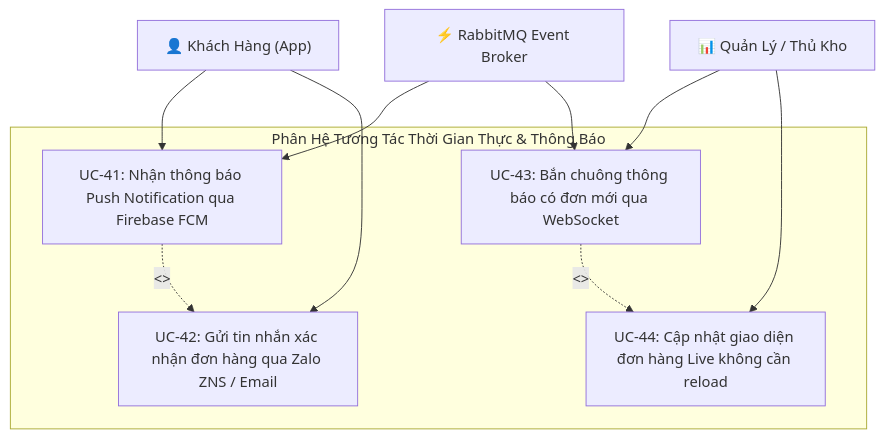
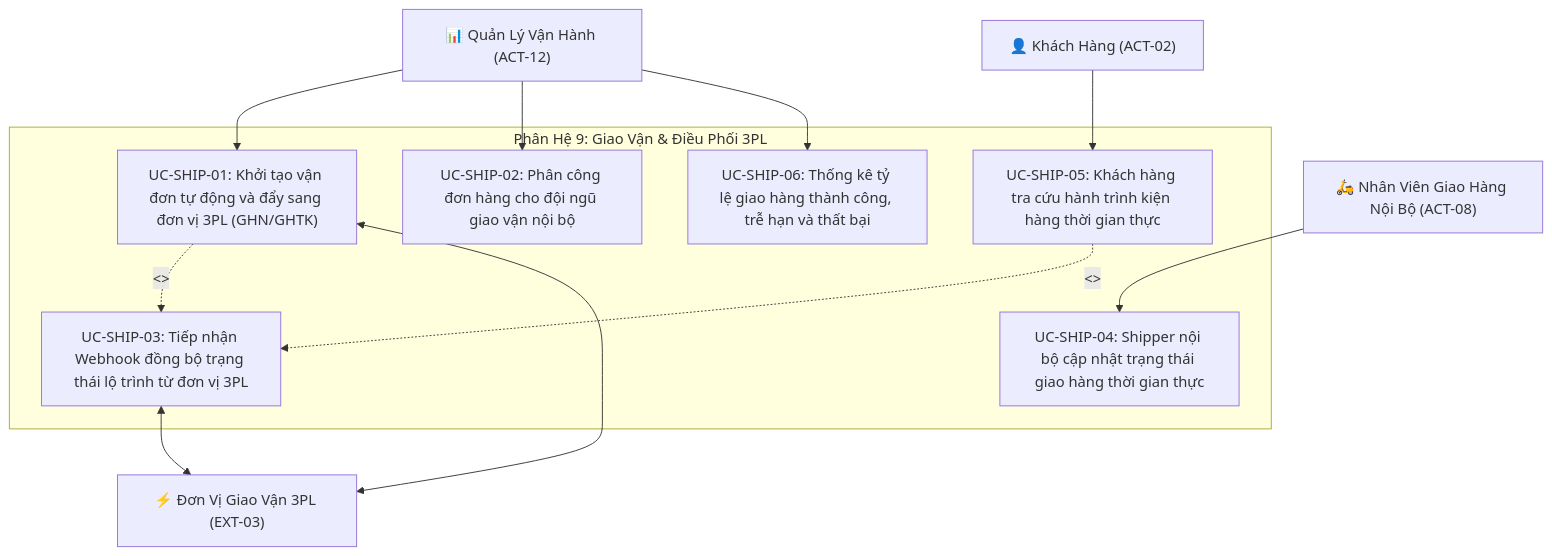
Before and after one commit to hvduong2k5/DUT.PBL6: diagram 11 of 16 in docs/01_requirements/use_case_specification.md, drawn with Mermaid. The commit also changed other lines of this file, not shown here.

````diff
--- a/docs/01_requirements/use_case_specification.md
+++ b/docs/01_requirements/use_case_specification.md
@@ -419,25 +686,30 @@
 ```mermaid
 graph TB
-    Customer["👤 Khách Hàng (App)"]
-    AdminStaff["📊 Quản Lý / Thủ Kho"]
-    EventBroker["⚡ RabbitMQ Event Broker"]
+    OpsStaff["📊 Quản Lý Vận Hành (ACT-12)"]
+    DeliveryStaff["🛵 Nhân Viên Giao Hàng Nội Bộ (ACT-08)"]
+    Customer["👤 Khách Hàng (ACT-02)"]
+    Ext_3PL["⚡ Đơn Vị Giao Vận 3PL (EXT-03)"]
 
-    subgraph Realtime_Subsystem ["Phân Hệ Tương Tác Thời Gian Thực & Thông Báo"]
-        UC41["UC-41: Nhận thông báo Push Notification qua Firebase FCM"]
-        UC42["UC-42: Gửi tin nhắn xác nhận đơn hàng qua Zalo ZNS / Email"]
-        UC43["UC-43: Bắn chuông thông báo có đơn mới qua WebSocket"]
-        UC44["UC-44: Cập nhật giao diện đơn hàng Live không cần reload"]
+    subgraph Subsystem_Shipping ["Phân Hệ 9: Giao Vận & Điều Phối 3PL"]
+        UC_SHIP_01["UC-SHIP-01: Khởi tạo vận đơn tự động và đẩy sang đơn vị 3PL (GHN/GHTK)"]
+        UC_SHIP_02["UC-SHIP-02: Phân công đơn hàng cho đội ngũ giao vận nội bộ"]
+        UC_SHIP_03["UC-SHIP-03: Tiếp nhận Webhook đồng bộ trạng thái lộ trình từ đơn vị 3PL"]
+        UC_SHIP_04["UC-SHIP-04: Shipper nội bộ cập nhật trạng thái giao hàng thời gian thực"]
+        UC_SHIP_05["UC-SHIP-05: Khách hàng tra cứu hành trình kiện hàng thời gian thực"]
+        UC_SHIP_06["UC-SHIP-06: Thống kê tỷ lệ giao hàng thành công, trễ hạn và thất bại"]
 
-        UC41 -. "<<include>>" .-> UC42
-        UC43 -. "<<include>>" .-> UC44
+        UC_SHIP_01 -. "<<include>>" .-> UC_SHIP_03
+        UC_SHIP_05 -. "<<include>>" .-> UC_SHIP_03
     end
 
-    Customer --> UC41
-    Customer --> UC42
+    OpsStaff --> UC_SHIP_01
+    OpsStaff --> UC_SHIP_02
+    OpsStaff --> UC_SHIP_06
 
-    AdminStaff --> UC43
-    AdminStaff --> UC44
+    DeliveryStaff --> UC_SHIP_04
 
-    EventBroker --> UC41
-    EventBroker --> UC43
+    Customer --> UC_SHIP_05
+
+    UC_SHIP_01 <--> Ext_3PL
+    UC_SHIP_03 <--> Ext_3PL
 ```
````
